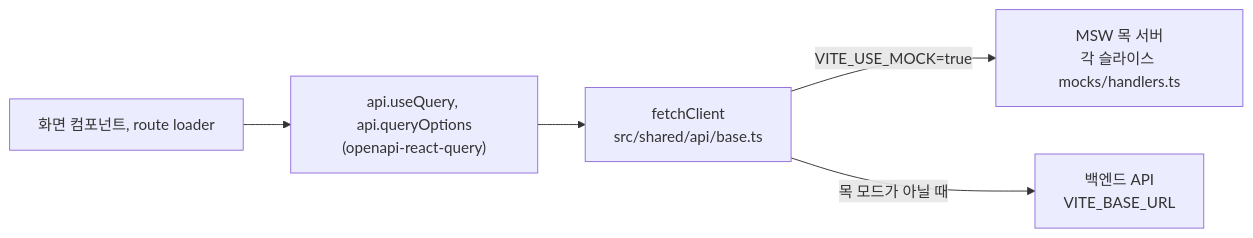
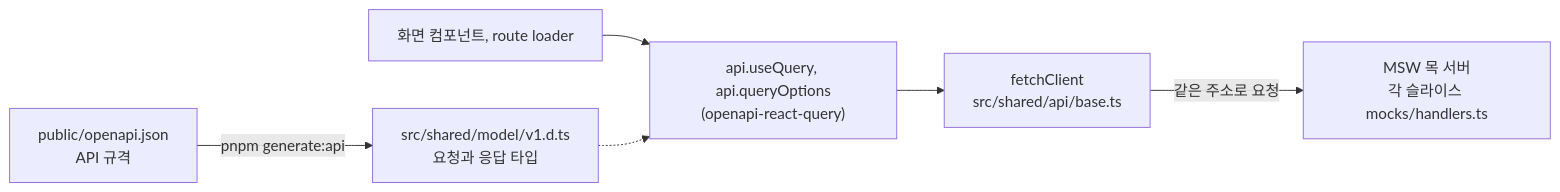
Before and after one commit to 33-Auto/Sampoom-Management-Frontend: the diagram in README.md, drawn with Mermaid. The commit also changed other lines of this file, not shown here.

````diff
--- a/README.md
+++ b/README.md
@@ -207,7 +224,8 @@
 ```mermaid
 flowchart LR
   A["화면 컴포넌트, route loader"] --> B["api.useQuery, api.queryOptions<br/>(openapi-react-query)"]
   B --> C["fetchClient<br/>src/shared/api/base.ts"]
-  C -->|"VITE_USE_MOCK=true"| D["MSW 목 서버<br/>각 슬라이스 mocks/handlers.ts"]
-  C -->|"목 모드가 아닐 때"| E["백엔드 API<br/>VITE_BASE_URL"]
+  C -->|"같은 주소로 요청"| D["MSW 목 서버<br/>각 슬라이스 mocks/handlers.ts"]
+  F["public/openapi.json<br/>API 규격"] -->|"pnpm generate:api"| G["src/shared/model/v1.d.ts<br/>요청과 응답 타입"]
+  G -.-> B
 ```
````
